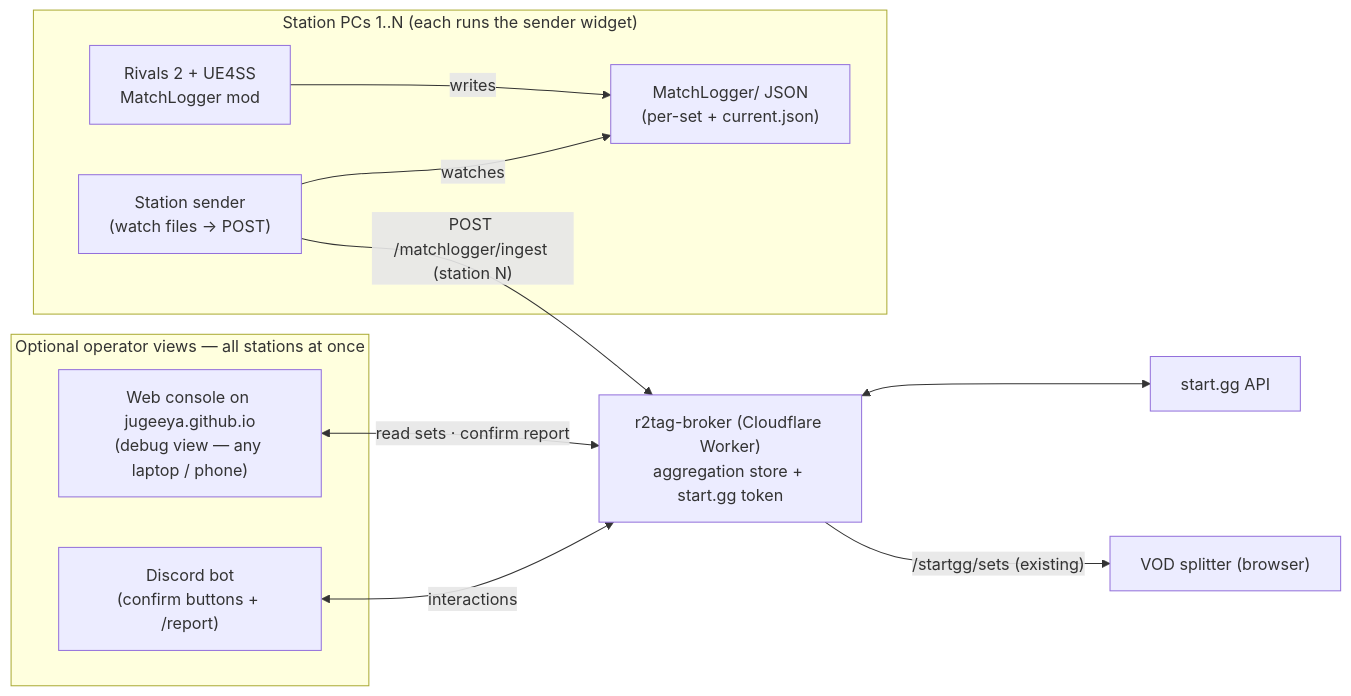
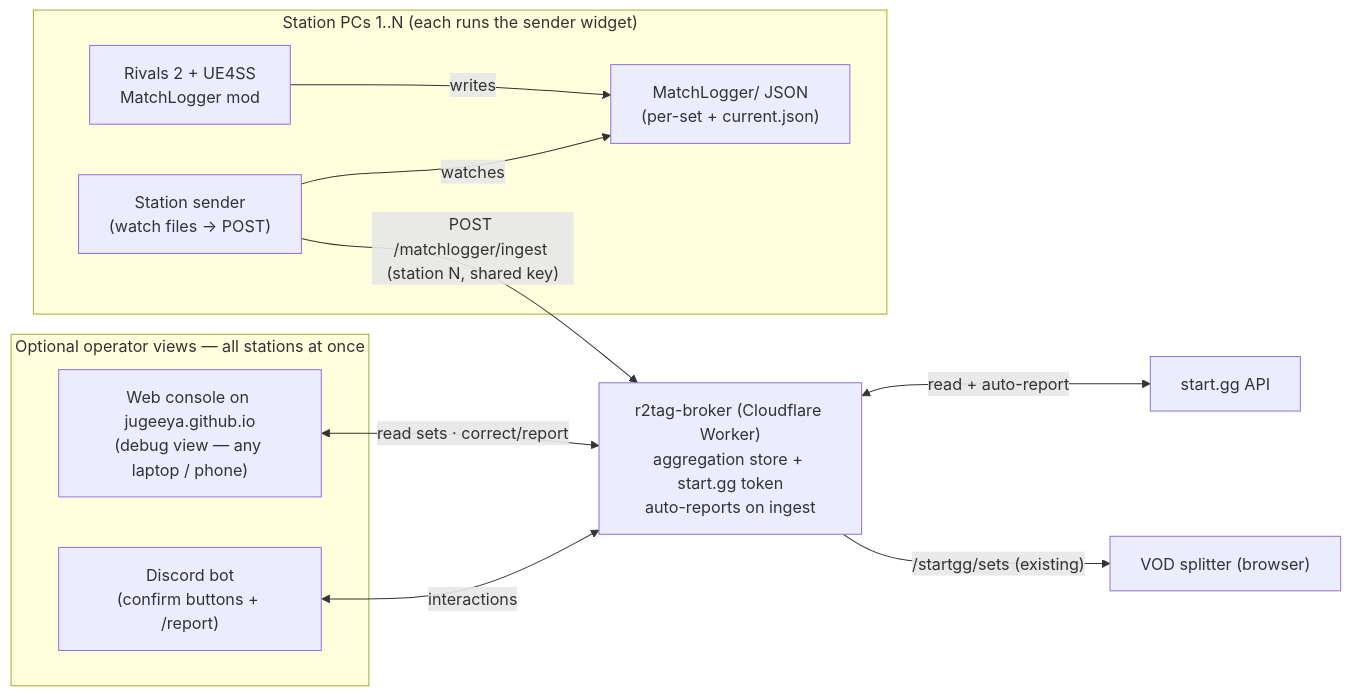
The diagram in matchlogger/DESIGN.md (jugeeya/jugeeya.github.io), drawn with Mermaid before and after one commit. The commit also changed other lines of this file and 11 other files, not shown here.

First line of the commit message:
Auto-report to start.gg on ingest; merge station key into OPERATOR_KEY

````diff
--- a/matchlogger/DESIGN.md
+++ b/matchlogger/DESIGN.md
@@ -39,23 +42,23 @@
 ```mermaid
 flowchart LR
     subgraph ST["Station PCs 1..N (each runs the sender widget)"]
         Game["Rivals 2 + UE4SS<br/>MatchLogger mod"]
         Files["MatchLogger/ JSON<br/>(per-set + current.json)"]
         Sender["Station sender<br/>(watch files → POST)"]
         Game -->|writes| Files
         Sender -->|watches| Files
     end
-    Broker["r2tag-broker (Cloudflare Worker)<br/>aggregation store + start.gg token"]
+    Broker["r2tag-broker (Cloudflare Worker)<br/>aggregation store + start.gg token<br/>auto-reports on ingest"]
     subgraph OPS["Optional operator views — all stations at once"]
         Console["Web console on jugeeya.github.io<br/>(debug view — any laptop / phone)"]
         Discord["Discord bot<br/>(confirm buttons + /report)"]
     end
     StartGG["start.gg API"]
     Splitter["VOD splitter (browser)"]
 
-    Sender -->|"POST /matchlogger/ingest (station N)"| Broker
-    Broker <--> StartGG
-    Console <-->|"read sets · confirm report"| Broker
+    Sender -->|"POST /matchlogger/ingest (station N, shared key)"| Broker
+    Broker <-->|"read + auto-report"| StartGG
+    Console <-->|"read sets · correct/report"| Broker
     Discord <-->|"interactions"| Broker
     Broker -->|"/startgg/sets (existing)"| Splitter
 ```
````
